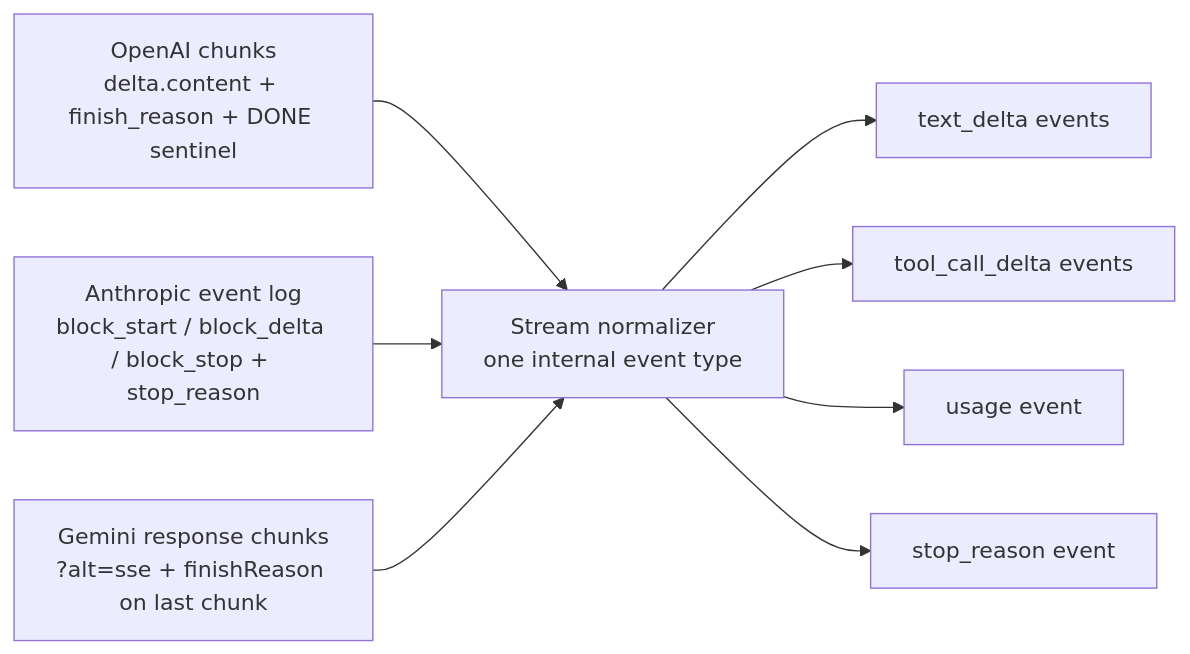
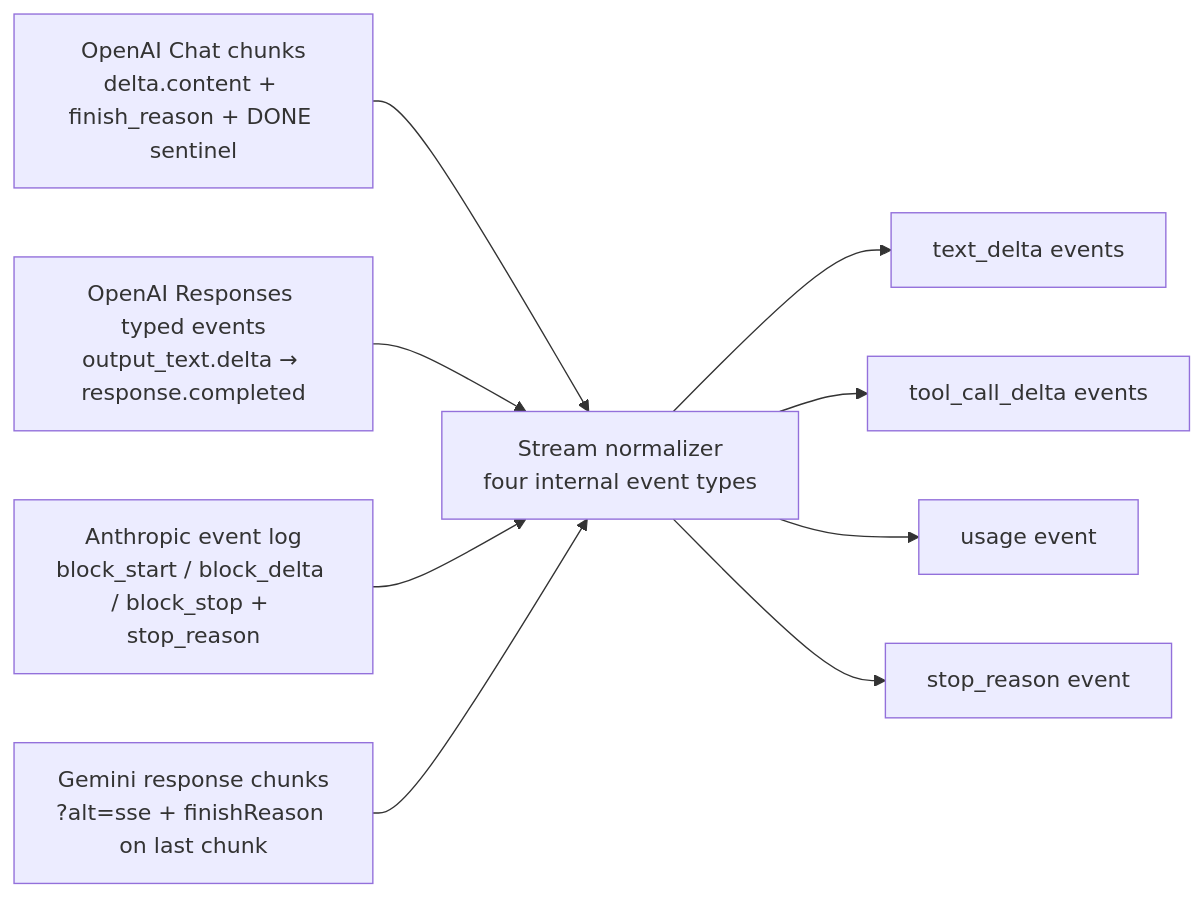
The first of 2 diagrams in manuscript/12-the-streaming-contract.md (arbazkhan971/inference-engineering-book), drawn with Mermaid before and after one commit. The commit also changed other lines of this file and 13 other files, not shown here.

Commit message:
appendix-d: gate-2 fix pass (3 P1 + 6 P2 — five-layer renderer sentence, four node: built-ins, ch12 grammar counts three->four incl. diagram + ELI5 ripples, burst-trap off-by-one, Anthropic otpm-not-debited, six-member Event union, ttftSeconds, RateScheduler naming, acronym expansions)

````diff
--- a/manuscript/12-the-streaming-contract.md
+++ b/manuscript/12-the-streaming-contract.md
@@ -46,13 +46,15 @@
 ```mermaid
 graph LR
-    A[OpenAI chunks<br/>delta.content + finish_reason + DONE sentinel]
+    A[OpenAI Chat chunks<br/>delta.content + finish_reason + DONE sentinel]
+    R[OpenAI Responses typed events<br/>output_text.delta → response.completed]
     B[Anthropic event log<br/>block_start / block_delta / block_stop + stop_reason]
     C[Gemini response chunks<br/>?alt=sse + finishReason on last chunk]
-    A --> N[Stream normalizer<br/>one internal event type]
+    A --> N[Stream normalizer<br/>four internal event types]
+    R --> N
     B --> N
     C --> N
     N --> T[text_delta events]
     N --> U[tool_call_delta events]
     N --> V[usage event]
     N --> W[stop_reason event]
 ```
````
